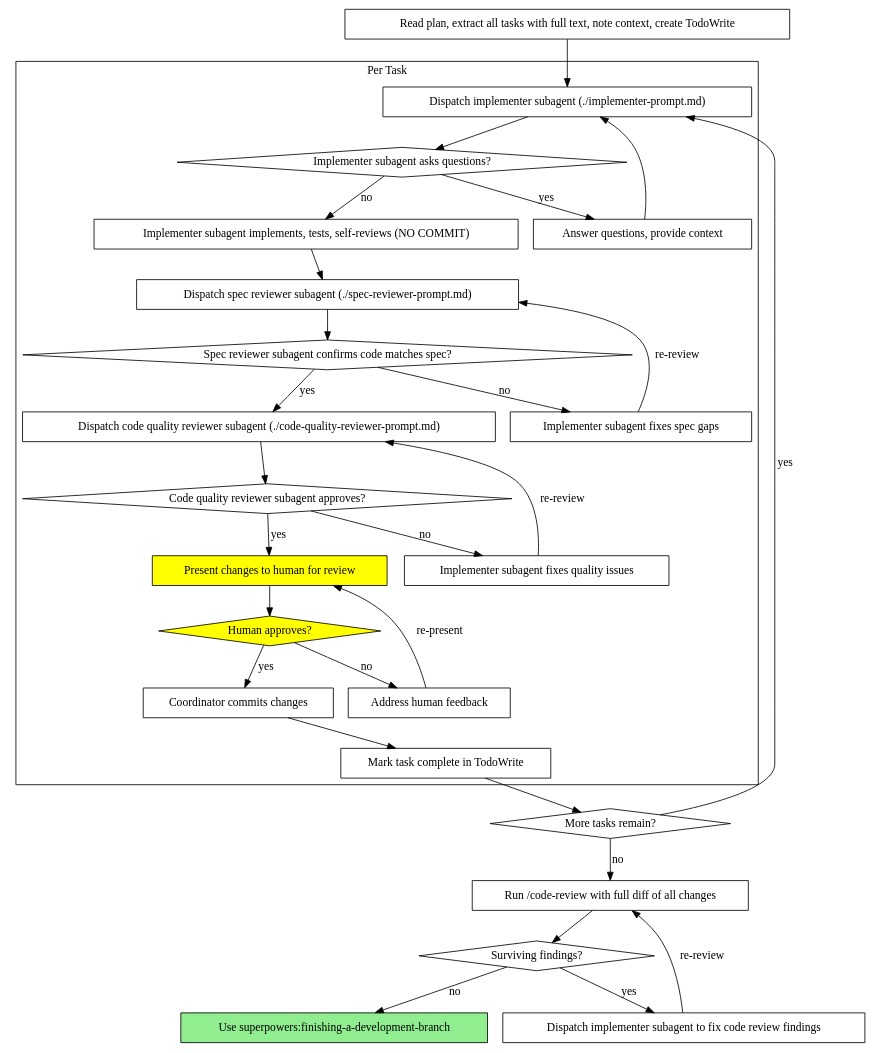
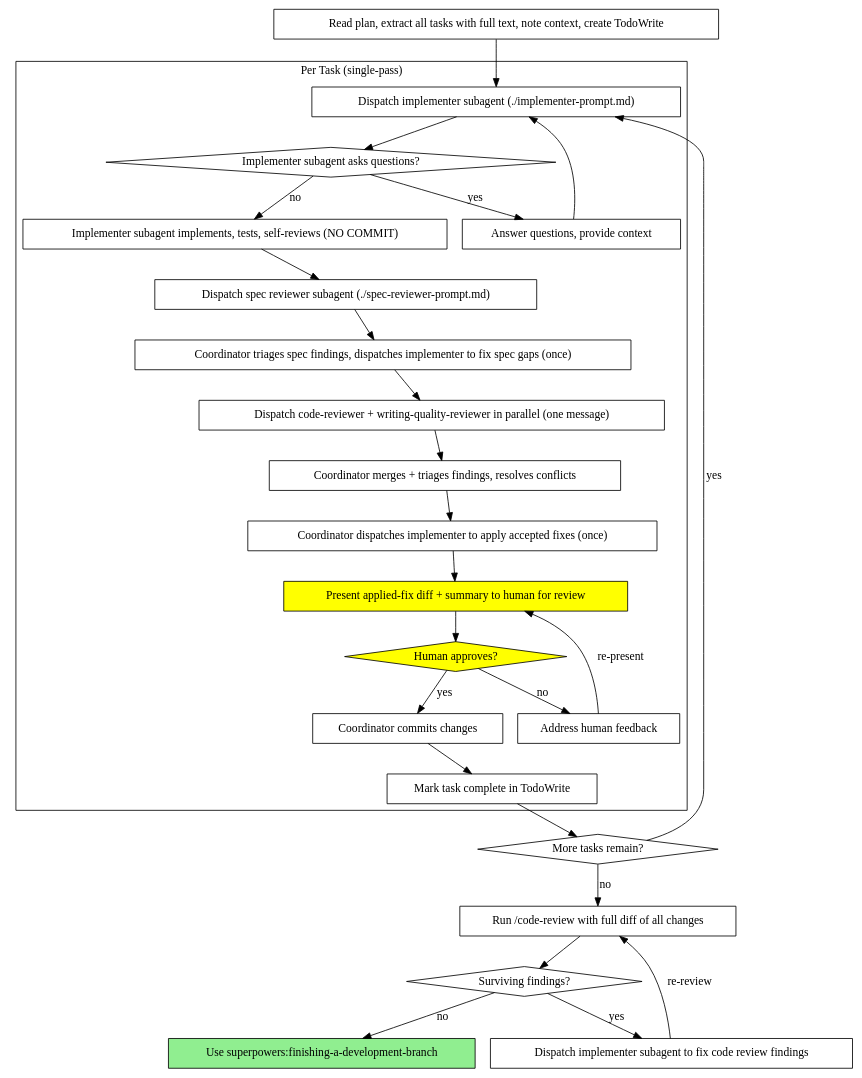
One commit to trevorwhitney/superpowers changed the second of 2 diagrams in skills/subagent-driven-development/SKILL.md. Above: the diagram before and after it, drawn with Graphviz. The commit also changed other lines of this file and 2 other files, not shown here.

Commit message:
feat(sdd): single-pass per-task cycle with parallel writing-quality reviewer

````diff
--- a/skills/subagent-driven-development/SKILL.md
+++ b/skills/subagent-driven-development/SKILL.md
@@ -47,58 +47,54 @@
 ```dot
 digraph process {
     rankdir=TB;
 
     subgraph cluster_per_task {
-        label="Per Task";
+        label="Per Task (single-pass)";
         "Dispatch implementer subagent (./implementer-prompt.md)" [shape=box];
         "Implementer subagent asks questions?" [shape=diamond];
         "Answer questions, provide context" [shape=box];
         "Implementer subagent implements, tests, self-reviews (NO COMMIT)" [shape=box];
         "Dispatch spec reviewer subagent (./spec-reviewer-prompt.md)" [shape=box];
-        "Spec reviewer subagent confirms code matches spec?" [shape=diamond];
-        "Implementer subagent fixes spec gaps" [shape=box];
-        "Dispatch code quality reviewer subagent (./code-quality-reviewer-prompt.md)" [shape=box];
-        "Code quality reviewer subagent approves?" [shape=diamond];
-        "Implementer subagent fixes quality issues" [shape=box];
-        "Present changes to human for review" [shape=box style=filled fillcolor=yellow];
+        "Coordinator triages spec findings, dispatches implementer to fix spec gaps (once)" [shape=box];
+        "Dispatch code-reviewer + writing-quality-reviewer in parallel (one message)" [shape=box];
+        "Coordinator merges + triages findings, resolves conflicts" [shape=box];
+        "Coordinator dispatches implementer to apply accepted fixes (once)" [shape=box];
+        "Present applied-fix diff + summary to human for review" [shape=box style=filled fillcolor=yellow];
         "Human approves?" [shape=diamond style=filled fillcolor=yellow];
         "Address human feedback" [shape=box];
         "Coordinator commits changes" [shape=box];
         "Mark task complete in TodoWrite" [shape=box];
     }
 
     "Read plan, extract all tasks with full text, note context, create TodoWrite" [shape=box];
     "More tasks remain?" [shape=diamond];
     "Run /code-review with full diff of all changes" [shape=box];
     "Surviving findings?" [shape=diamond];
     "Dispatch implementer subagent to fix code review findings" [shape=box];
     "Use superpowers:finishing-a-development-branch" [shape=box style=filled fillcolor=lightgreen];
 
     "Read plan, extract all tasks with full text, note context, create TodoWrite" -> "Dispatch implementer subagent (./implementer-prompt.md)";
     "Dispatch implementer subagent (./implementer-prompt.md)" -> "Implementer subagent asks questions?";
     "Implementer subagent asks questions?" -> "Answer questions, provide context" [label="yes"];
     "Answer questions, provide context" -> "Dispatch implementer subagent (./implementer-prompt.md)";
     "Implementer subagent asks questions?" -> "Implementer subagent implements, tests, self-reviews (NO COMMIT)" [label="no"];
     "Implementer subagent implements, tests, self-reviews (NO COMMIT)" -> "Dispatch spec reviewer subagent (./spec-reviewer-prompt.md)";
-    "Dispatch spec reviewer subagent (./spec-reviewer-prompt.md)" -> "Spec reviewer subagent confirms code matches spec?";
-    "Spec reviewer subagent confirms code matches spec?" -> "Implementer subagent fixes spec gaps" [label="no"];
-    "Implementer subagent fixes spec gaps" -> "Dispatch spec reviewer subagent (./spec-reviewer-prompt.md)" [label="re-review"];
-    "Spec reviewer subagent confirms code matches spec?" -> "Dispatch code quality reviewer subagent (./code-quality-reviewer-prompt.md)" [label="yes"];
-    "Dispatch code quality reviewer subagent (./code-quality-reviewer-prompt.md)" -> "Code quality reviewer subagent approves?";
-    "Code quality reviewer subagent approves?" -> "Implementer subagent fixes quality issues" [label="no"];
-    "Implementer subagent fixes quality issues" -> "Dispatch code quality reviewer subagent (./code-quality-reviewer-prompt.md)" [label="re-review"];
-    "Code quality reviewer subagent approves?" -> "Present changes to human for review" [label="yes"];
-    "Present changes to human for review" -> "Human approves?";
+    "Dispatch spec reviewer subagent (./spec-reviewer-prompt.md)" -> "Coordinator triages spec findings, dispatches implementer to fix spec gaps (once)";
+    "Coordinator triages spec findings, dispatches implementer to fix spec gaps (once)" -> "Dispatch code-reviewer + writing-quality-reviewer in parallel (one message)";
+    "Dispatch code-reviewer + writing-quality-reviewer in parallel (one message)" -> "Coordinator merges + triages findings, resolves conflicts";
+    "Coordinator merges + triages findings, resolves conflicts" -> "Coordinator dispatches implementer to apply accepted fixes (once)";
+    "Coordinator dispatches implementer to apply accepted fixes (once)" -> "Present applied-fix diff + summary to human for review";
+    "Present applied-fix diff + summary to human for review" -> "Human approves?";
     "Human approves?" -> "Address human feedback" [label="no"];
-    "Address human feedback" -> "Present changes to human for review" [label="re-present"];
+    "Address human feedback" -> "Present applied-fix diff + summary to human for review" [label="re-present"];
     "Human approves?" -> "Coordinator commits changes" [label="yes"];
     "Coordinator commits changes" -> "Mark task complete in TodoWrite";
     "Mark task complete in TodoWrite" -> "More tasks remain?";
     "More tasks remain?" -> "Dispatch implementer subagent (./implementer-prompt.md)" [label="yes"];
     "More tasks remain?" -> "Run /code-review with full diff of all changes" [label="no"];
     "Run /code-review with full diff of all changes" -> "Surviving findings?";
     "Surviving findings?" -> "Dispatch implementer subagent to fix code review findings" [label="yes"];
     "Dispatch implementer subagent to fix code review findings" -> "Run /code-review with full diff of all changes" [label="re-review"];
     "Surviving findings?" -> "Use superpowers:finishing-a-development-branch" [label="no"];
 }
 ```
````
